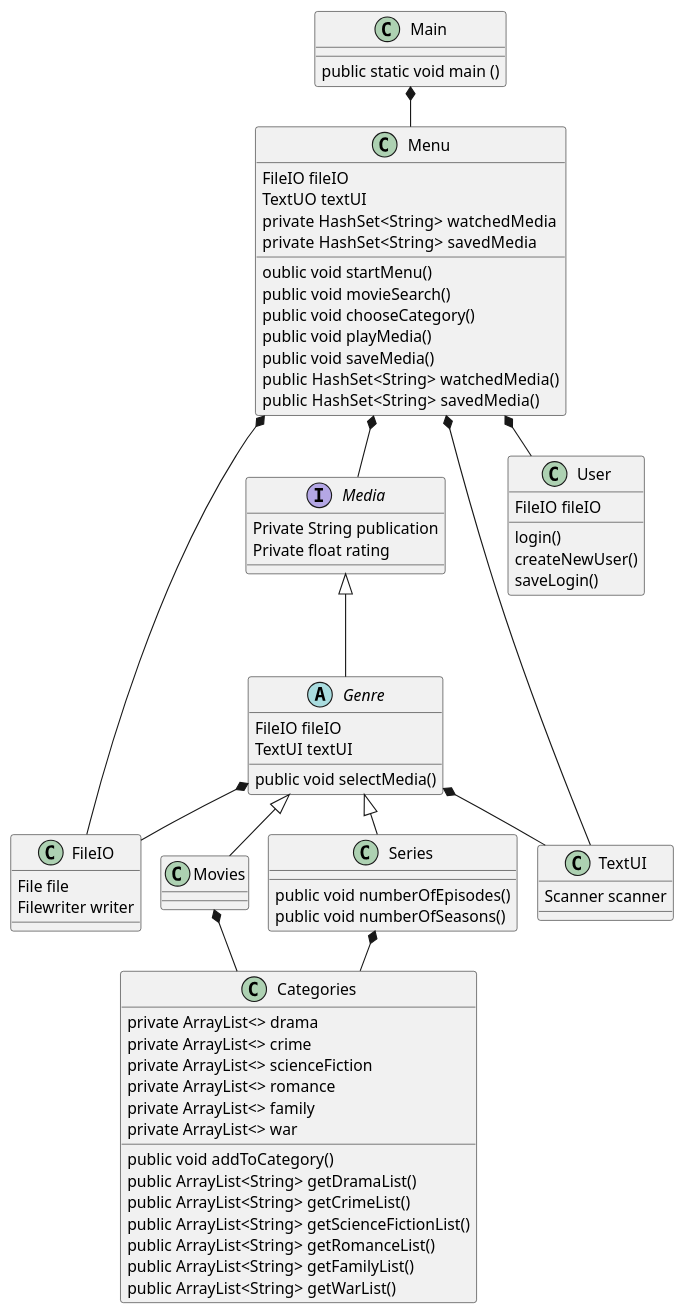
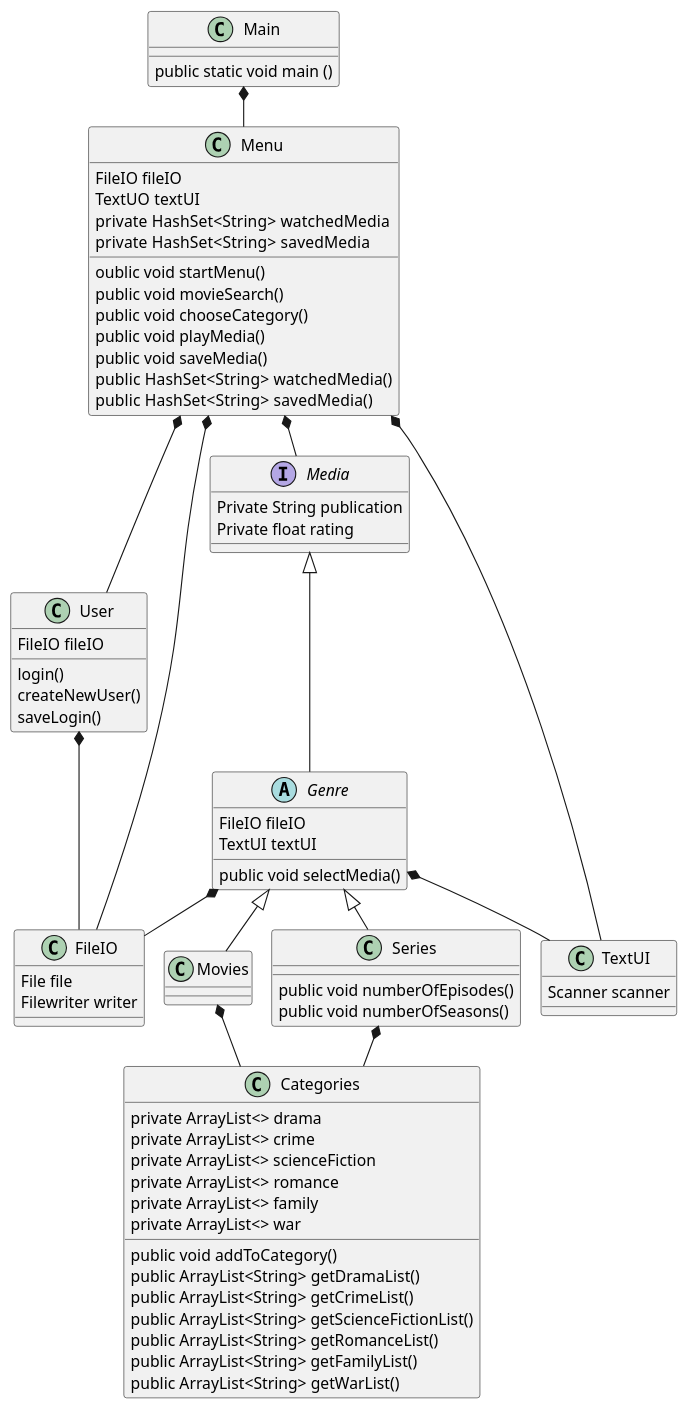
One commit to MichellaBech/SP3 changed the diagram in .idea/Class.puml. Above: the diagram before and after it, drawn with PlantUML.

```diff
--- a/.idea/Class.puml
+++ b/.idea/Class.puml
@@ -1,105 +1,106 @@
 @startuml
 'https://plantuml.com/class-diagram
 !pragma layout smetana
 
 interface FileIO
 class Movies
 class Series
 interface Media
 class TextUI
 class Categories
 class User
 class Menu
 class Main
 
 Abstract class Genre
 
 Media <|--- Genre
 Genre <|-- Movies
 Genre <|-- Series
 
 Main *-- Menu
 Movies *-- Categories
 Series *-- Categories
 Menu *-- User
 Menu *-- Media
 Menu *-- FileIO
 Menu *-- TextUI
 Genre *-- FileIO
 Genre *-- TextUI
+User *-- FileIO
 
 Abstract class Genre {
 FileIO fileIO
 TextUI textUI
 public void selectMedia()
 }
 
 class TextUI
 {
 Scanner scanner
 }
 
 class FileIO {
 File file
 Filewriter writer
 }
 
 class Main {
 public static void main ()
 }
 
 
 class Categories {
 private ArrayList<> drama
 private ArrayList<> crime
 private ArrayList<> scienceFiction
 private ArrayList<> romance
 private ArrayList<> family
 private ArrayList<> war
 
 public void addToCategory()
 public ArrayList<String> getDramaList()
 public ArrayList<String> getCrimeList()
 public ArrayList<String> getScienceFictionList()
 public ArrayList<String> getRomanceList()
 public ArrayList<String> getFamilyList()
 public ArrayList<String> getWarList()
 }
 
 Interface Media {
 Private String publication
 Private float rating
 }
 
 class Movies{
 
 }
 
 class Series {
 public void numberOfEpisodes()
 public void numberOfSeasons()
 }
 
 class User{
 FileIO fileIO
 login()
 createNewUser()
 saveLogin()
 }
 
 class Menu {
 FileIO fileIO
 TextUO textUI
 private  HashSet<String> watchedMedia
 private  HashSet<String> savedMedia
 oublic void startMenu()
 public void movieSearch()
 public void chooseCategory()
 public void playMedia()
 public void saveMedia()
 public  HashSet<String> watchedMedia()
 public  HashSet<String> savedMedia()
 }
 
 
 @enduml
```
